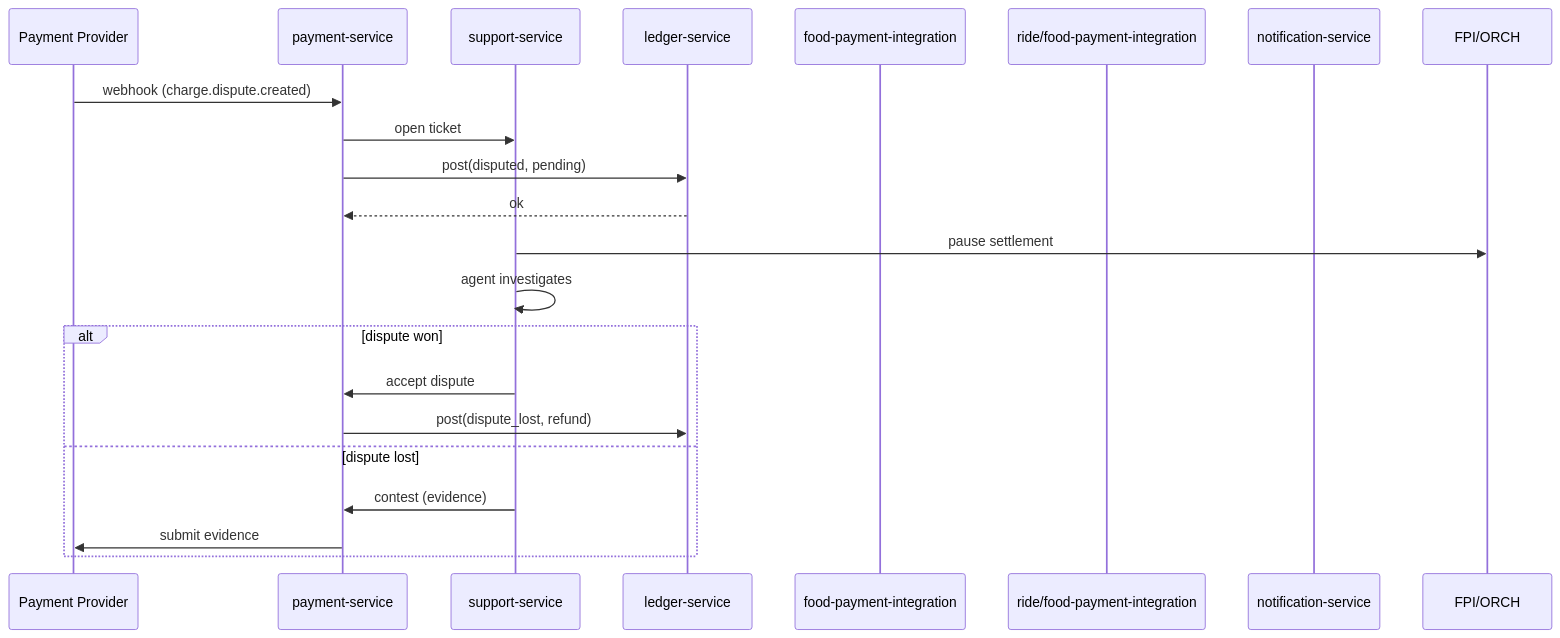
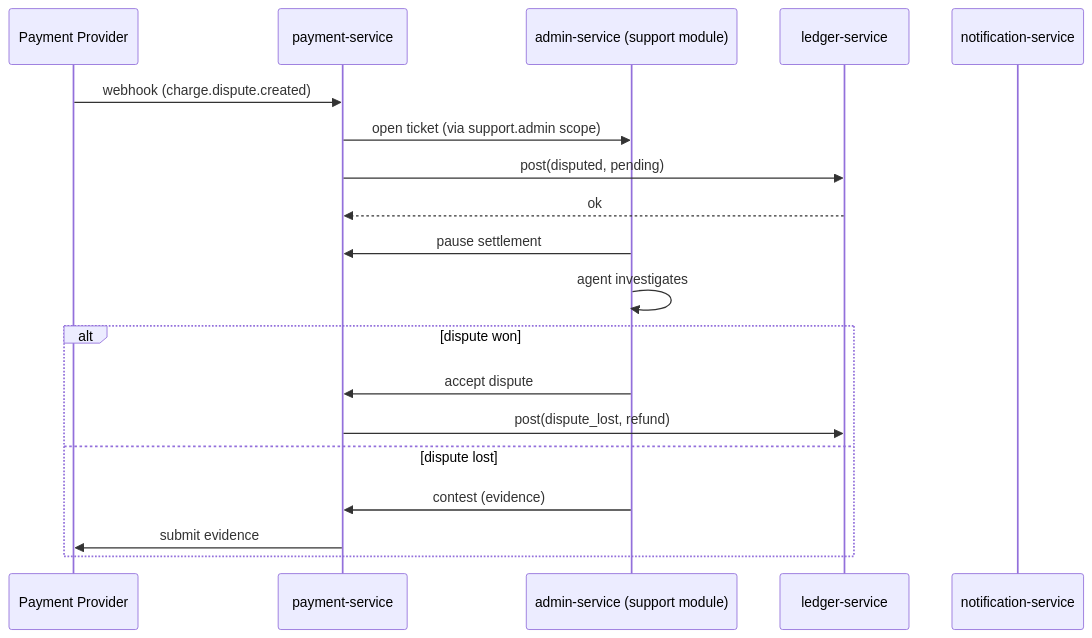
One commit to mohamedhabibwork/trips-enjoy-docs changed the ninth of 9 diagrams in docs/workflows/PAYMENT_WORKFLOWS.md. Above: the diagram before and after it, drawn with Mermaid. The commit also changed other lines of this file and 525 other files, not shown here.

````diff
--- a/docs/workflows/PAYMENT_WORKFLOWS.md
+++ b/docs/workflows/PAYMENT_WORKFLOWS.md
@@ -249,24 +242,22 @@
 ```mermaid
 sequenceDiagram
     participant EXT as Payment Provider
     participant PAY as payment-service
-    participant SUP as support-service
+    participant ADM as admin-service (support module)
     participant LD as ledger-service
-    participant FPI as food-payment-integration
-    participant ORCH as ride/food-payment-integration
     participant NOT as notification-service
 
     EXT->>PAY: webhook (charge.dispute.created)
-    PAY->>SUP: open ticket
+    PAY->>ADM: open ticket (via support.admin scope)
     PAY->>LD: post(disputed, pending)
     LD-->>PAY: ok
-    SUP->>FPI/ORCH: pause settlement
-    SUP->>SUP: agent investigates
+    ADM->>PAY: pause settlement
+    ADM->>ADM: agent investigates
     alt dispute won
-        SUP->>PAY: accept dispute
+        ADM->>PAY: accept dispute
         PAY->>LD: post(dispute_lost, refund)
     else dispute lost
-        SUP->>PAY: contest (evidence)
+        ADM->>PAY: contest (evidence)
         PAY->>EXT: submit evidence
     end
 ```
````
